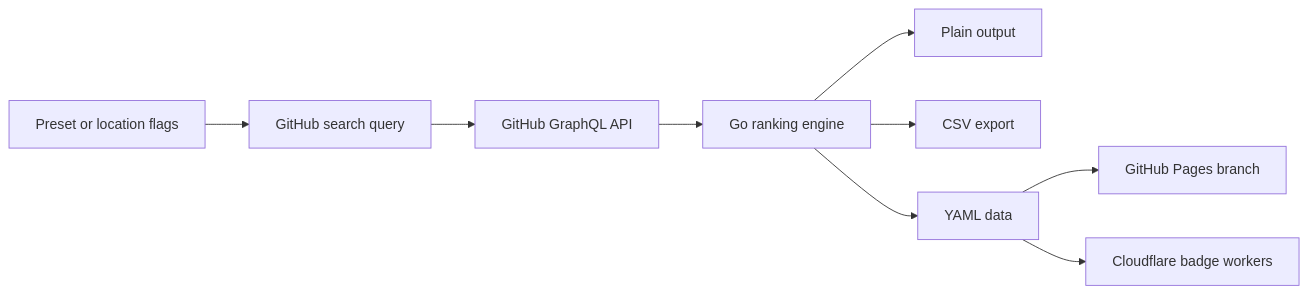
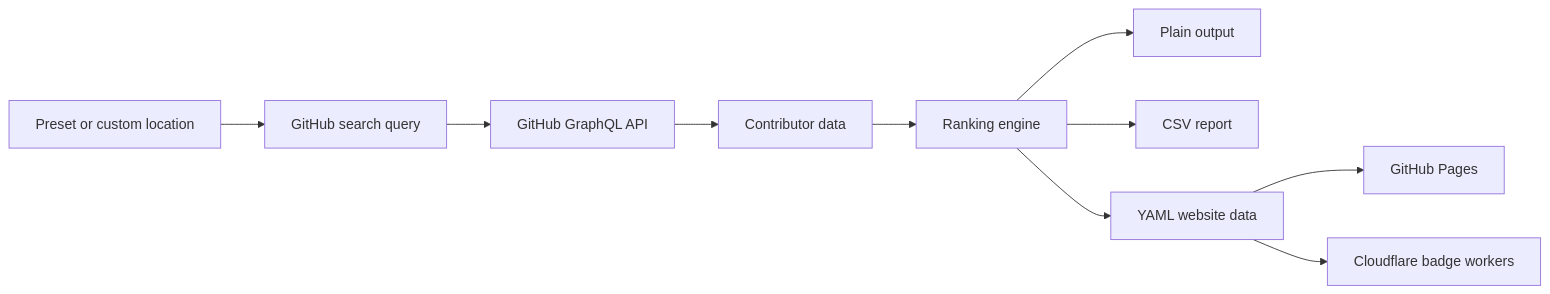
One commit to emberrenewed/Re-design-committers.top changed the diagram in README.md. Above: the diagram before and after it, drawn with Mermaid. The commit also changed other lines of this file and 1 other file, not shown here.

````diff
--- a/README.md
+++ b/README.md
@@ -106,11 +103,12 @@
 ```mermaid
 flowchart LR
-    A[Preset or location flags] --> B[GitHub search query]
+    A[Preset or custom location] --> B[GitHub search query]
     B --> C[GitHub GraphQL API]
-    C --> D[Go ranking engine]
-    D --> E[Plain output]
-    D --> F[CSV export]
-    D --> G[YAML data]
-    G --> H[GitHub Pages branch]
-    G --> I[Cloudflare badge workers]
+    C --> D[Contributor data]
+    D --> E[Ranking engine]
+    E --> F[Plain output]
+    E --> G[CSV report]
+    E --> H[YAML website data]
+    H --> I[GitHub Pages]
+    H --> J[Cloudflare badge workers]
 ```
````
